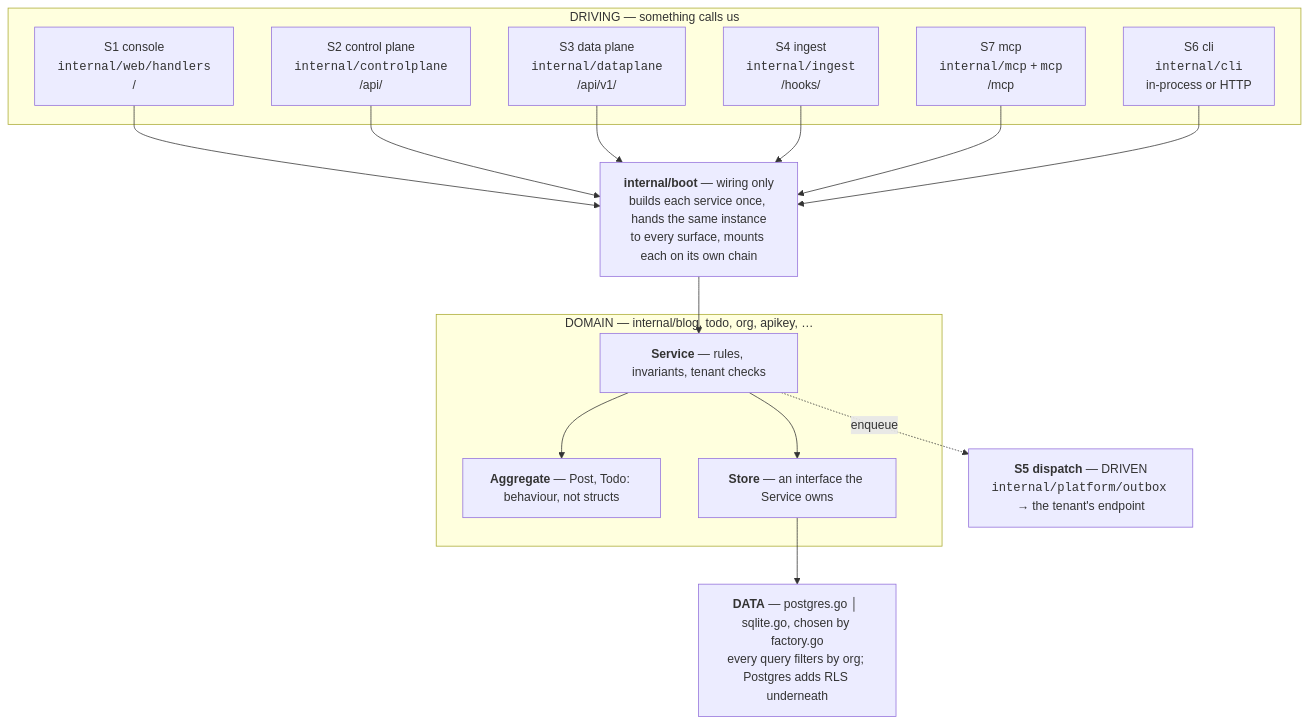
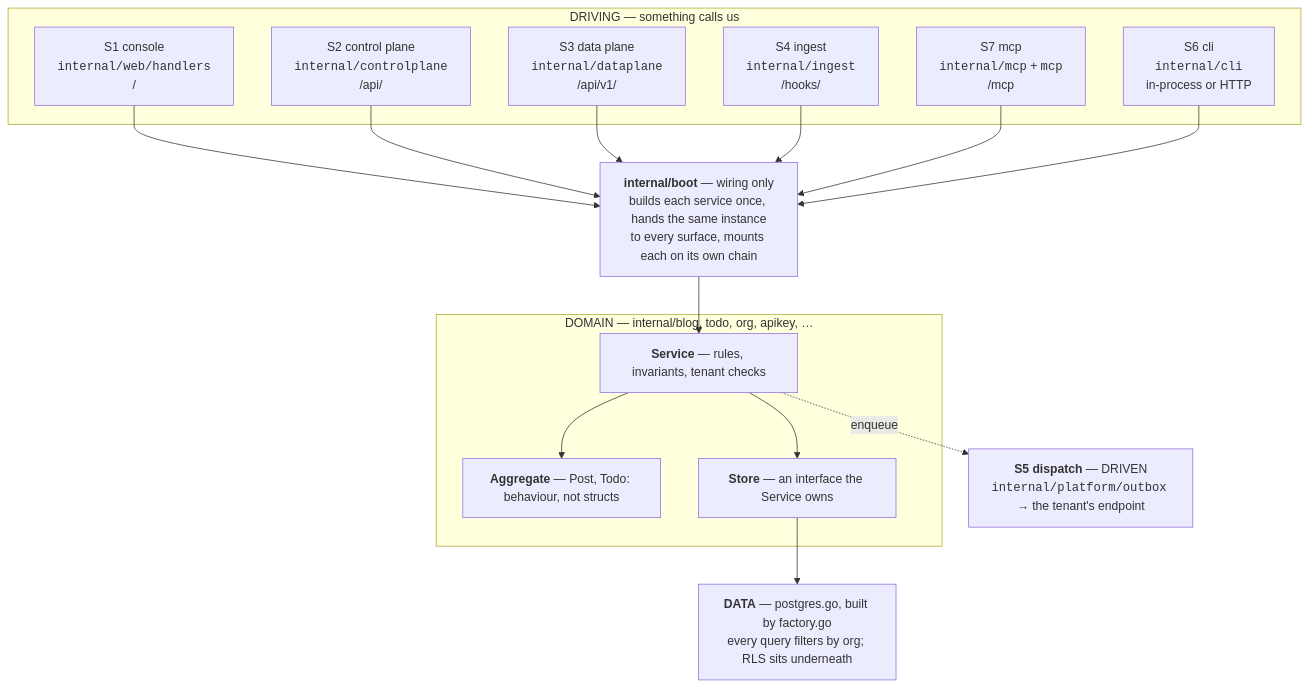
Before and after one commit to altalune-id/openwa: the diagram in docs/architecture/README.md, drawn with Mermaid. The commit also changed 1169 other files, not shown here.

````diff
--- a/docs/architecture/README.md
+++ b/docs/architecture/README.md
@@ -10,30 +10,30 @@
 ```mermaid
 flowchart TB
   subgraph D["DRIVING — something calls us"]
     S1["S1 console<br/><code>internal/web/handlers</code><br/>/"]
     S2["S2 control plane<br/><code>internal/controlplane</code><br/>/api/"]
     S3["S3 data plane<br/><code>internal/dataplane</code><br/>/api/v1/"]
     S4["S4 ingest<br/><code>internal/ingest</code><br/>/hooks/"]
     S7["S7 mcp<br/><code>internal/mcp</code> + <code>mcp</code><br/>/mcp"]
     S6["S6 cli<br/><code>internal/cli</code><br/>in-process or HTTP"]
   end
 
   BOOT["<b>internal/boot</b> — wiring only<br/>builds each service once, hands the same instance<br/>to every surface, mounts each on its own chain"]
 
   subgraph DOM["DOMAIN — internal/blog, todo, org, apikey, …"]
     SVC["<b>Service</b> — rules, invariants, tenant checks"]
     AGG["<b>Aggregate</b> — Post, Todo: behaviour, not structs"]
     ST["<b>Store</b> — an interface the Service owns"]
   end
 
-  DATA["<b>DATA</b> — postgres.go │ sqlite.go, chosen by factory.go<br/>every query filters by org; Postgres adds RLS underneath"]
+  DATA["<b>DATA</b> — postgres.go, built by factory.go<br/>every query filters by org; RLS sits underneath"]
 
   OUT["<b>S5 dispatch</b> — DRIVEN<br/><code>internal/platform/outbox</code> → the tenant's endpoint"]
 
   S1 & S2 & S3 & S4 & S7 & S6 --> BOOT
   BOOT --> SVC
   SVC --> AGG
   SVC --> ST
   ST --> DATA
   SVC -.enqueue.-> OUT
 ```
````
